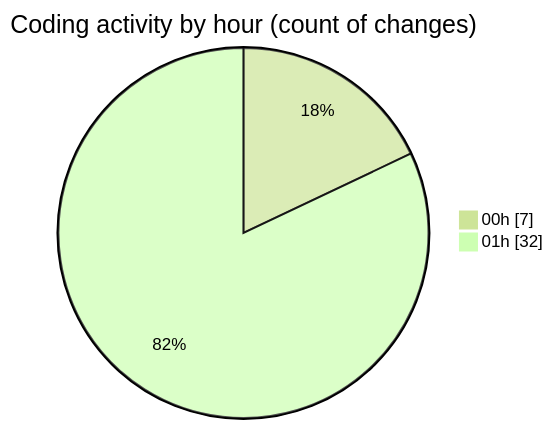
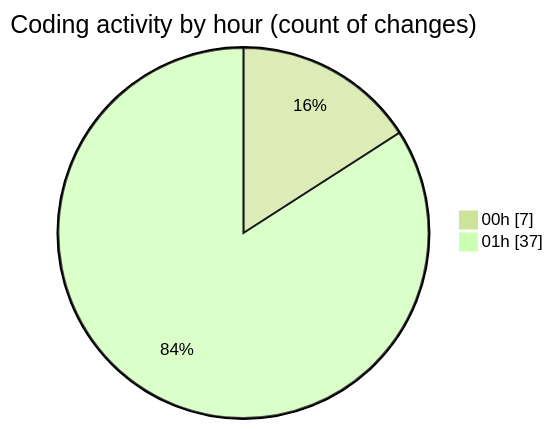
One commit to charlie-sans/code-tracking changed the second of 2 diagrams in 2025-02-23/micros/README.md. Above: the diagram before and after it, drawn with Mermaid (forest theme). The commit also changed other lines of this file and 1 other file, not shown here.

````diff
--- a/2025-02-23/micros/README.md
+++ b/2025-02-23/micros/README.md
@@ -35,6 +37,6 @@
 ```mermaid
 pie showData
 title Coding activity by hour (count of changes)
 "00h" : 7
-"01h" : 32
+"01h" : 37
 ```
````
